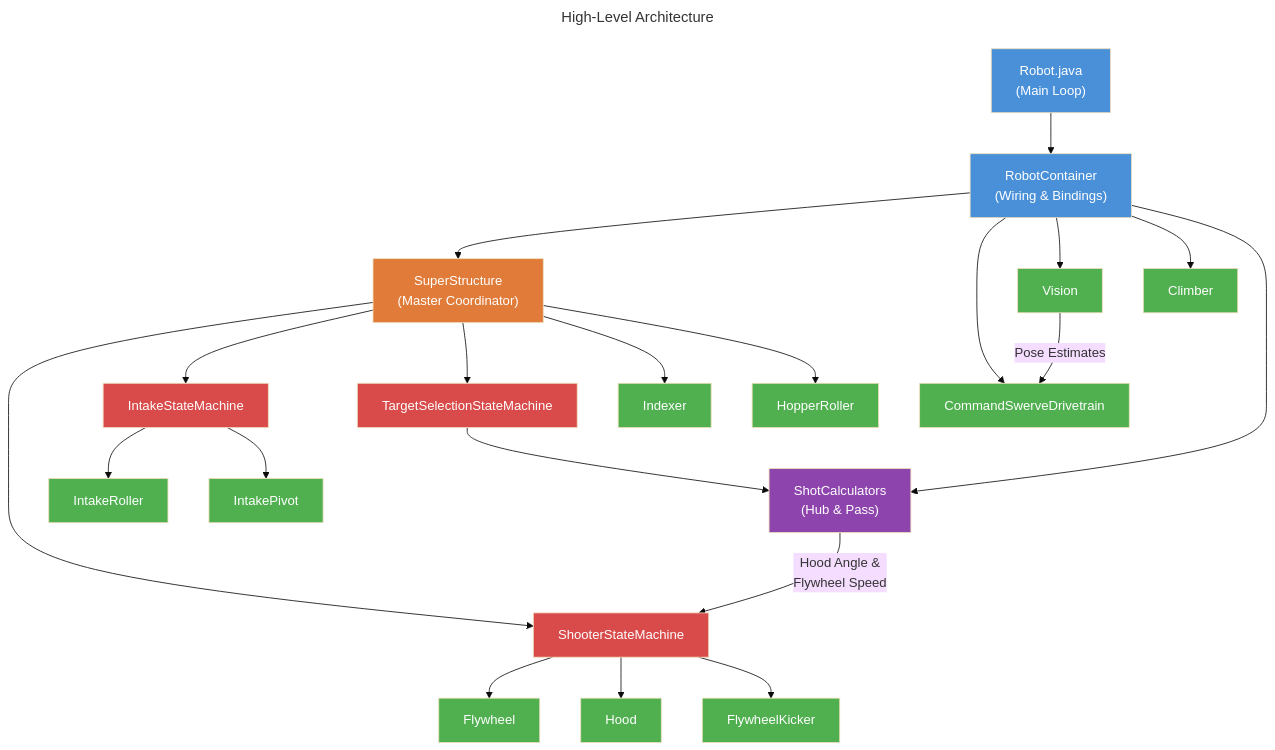
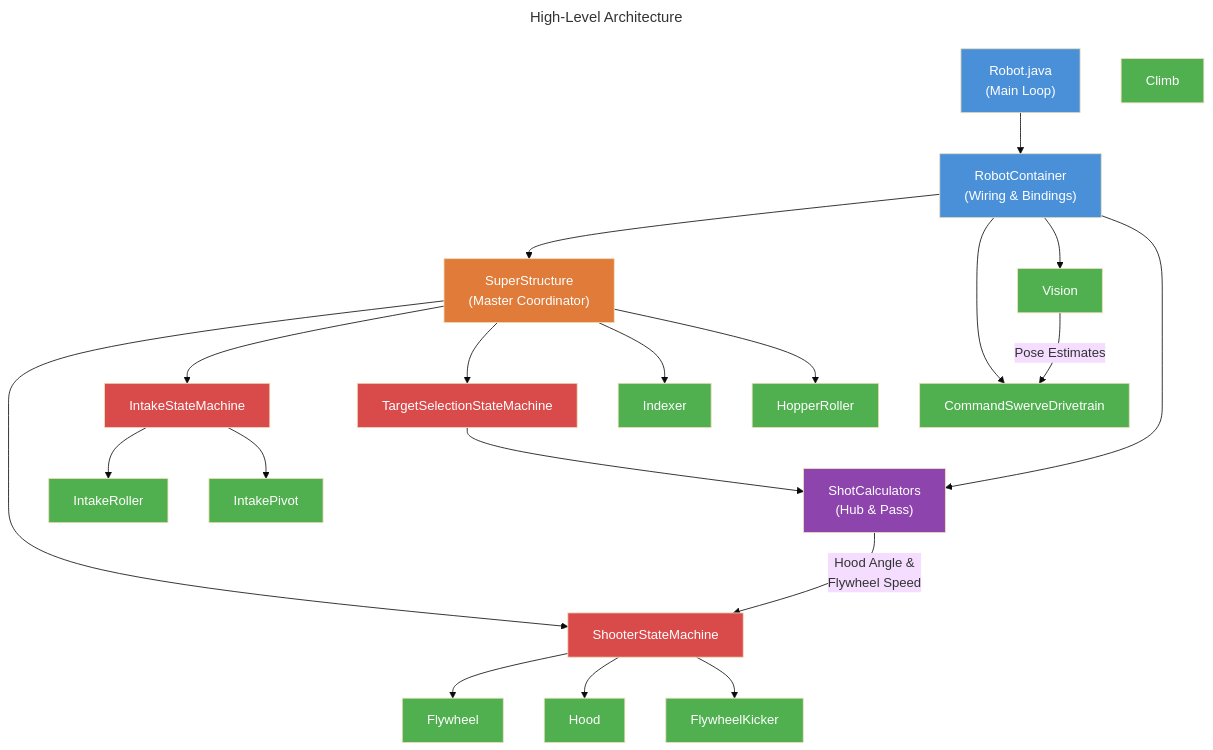
One commit to FRCTeam360/RainMaker26 changed the diagram in docs/diagrams/architecture/HighLevelArchitecture.mmd. Above: the diagram before and after it, drawn with Mermaid (base theme). The commit also changed 11 other files, not shown here.

```diff
--- a/docs/diagrams/architecture/HighLevelArchitecture.mmd
+++ b/docs/diagrams/architecture/HighLevelArchitecture.mmd
@@ -1,49 +1,48 @@
 ---
 title: High-Level Architecture
 ---
 graph TD
     Robot["Robot.java<br/>(Main Loop)"] --> RC["RobotContainer<br/>(Wiring & Bindings)"]
 
     RC --> SS["SuperStructure<br/>(Master Coordinator)"]
     RC --> Drive["CommandSwerveDrivetrain"]
     RC --> Vis["Vision"]
-    RC --> Climb["Climber"]
     RC --> SC["ShotCalculators<br/>(Hub & Pass)"]
 
     SS --> ShooterSM["ShooterStateMachine"]
     SS --> IntakeSM["IntakeStateMachine"]
     SS --> TargetSM["TargetSelectionStateMachine"]
 
     ShooterSM --> FW["Flywheel"]
     ShooterSM --> Hood["Hood"]
     ShooterSM --> Kicker["FlywheelKicker"]
 
     IntakeSM --> IR["IntakeRoller"]
     IntakeSM --> IP["IntakePivot"]
 
     SS --> Idx["Indexer"]
     SS --> HR["HopperRoller"]
 
     TargetSM --> SC
 
     Vis -->|"Pose Estimates"| Drive
 
     SC -->|"Hood Angle &<br/>Flywheel Speed"| ShooterSM
 
     style Robot fill:#4a90d9,color:#fff
     style RC fill:#4a90d9,color:#fff
     style SS fill:#e07b39,color:#fff
     style ShooterSM fill:#d94a4a,color:#fff
     style IntakeSM fill:#d94a4a,color:#fff
     style TargetSM fill:#d94a4a,color:#fff
     style Drive fill:#50b050,color:#fff
     style Vis fill:#50b050,color:#fff
     style Climb fill:#50b050,color:#fff
     style FW fill:#50b050,color:#fff
     style Hood fill:#50b050,color:#fff
     style Kicker fill:#50b050,color:#fff
     style IR fill:#50b050,color:#fff
     style IP fill:#50b050,color:#fff
     style Idx fill:#50b050,color:#fff
     style HR fill:#50b050,color:#fff
     style SC fill:#8e44ad,color:#fff
```
